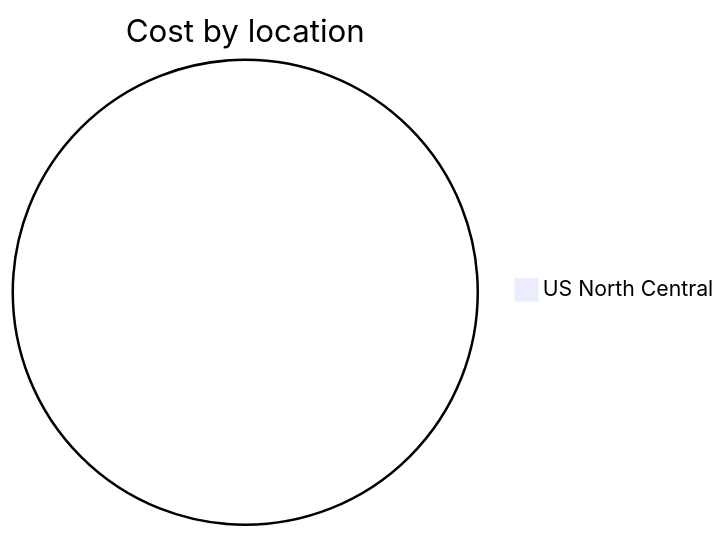
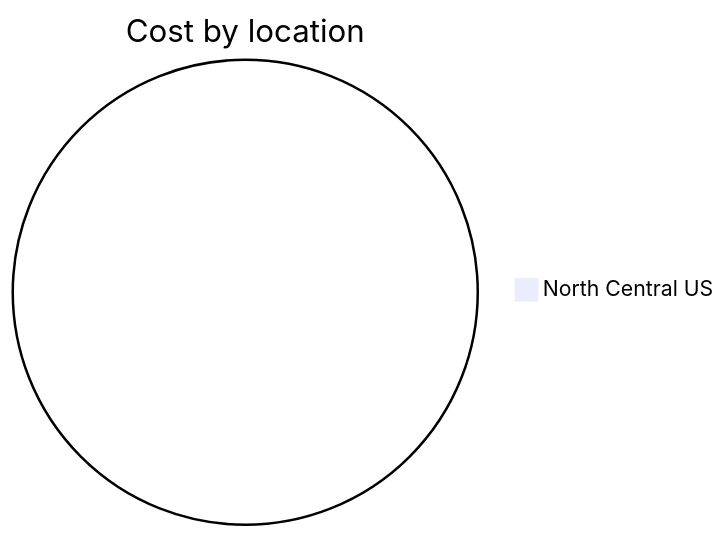
One commit to jpfulton/azure-personal-reports changed the third of 4 diagrams in cost-reports/azureapp-auto-alerts-873533-jpatrick_fulton_gmail_com/azureapp-auto.md. Above: the diagram before and after it, drawn with Mermaid. The commit also changed other lines of this file and 1 other file, not shown here.

````diff
--- a/cost-reports/azureapp-auto-alerts-873533-jpatrick_fulton_gmail_com/azureapp-auto.md
+++ b/cost-reports/azureapp-auto-alerts-873533-jpatrick_fulton_gmail_com/azureapp-auto.md
@@ -47,5 +47,5 @@
 ```mermaid
 pie
    title Cost by location
-   "US North Central" : 0.00
+   "North Central US" : 0.00
 ```
````
